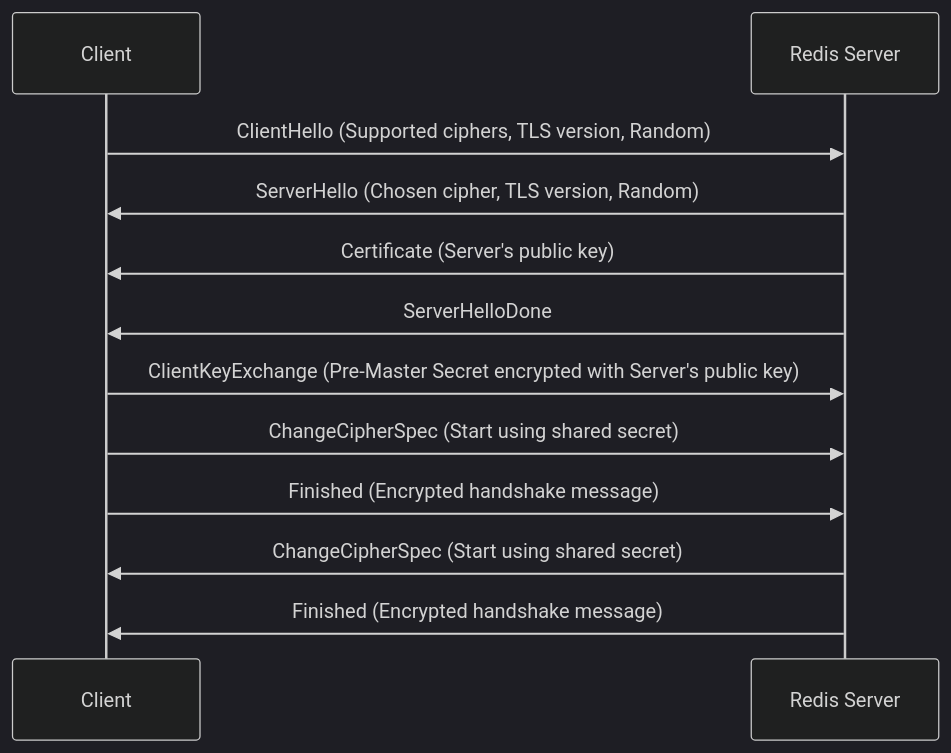
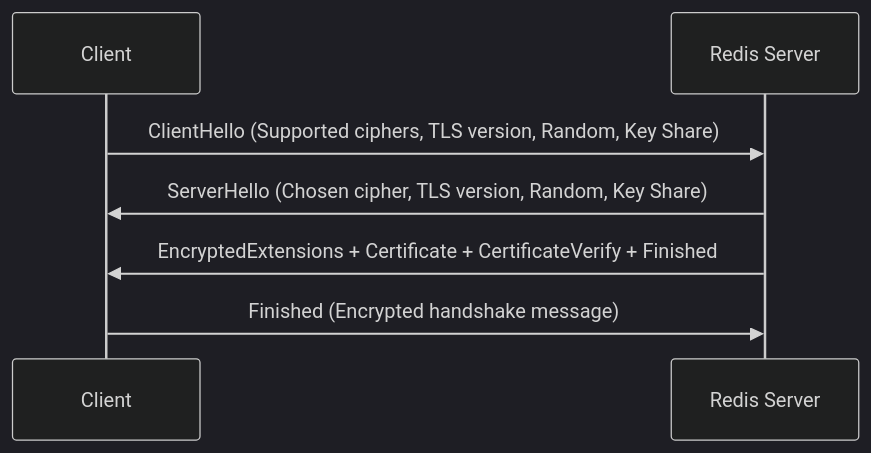
Before and after one commit to upstash/upstash-web: the second of 4 diagrams in data/blog/2025-03-25-redis-persistent-connections.mdx, drawn with Mermaid (dark theme). The commit also changed other lines of this file, not shown here.

````diff
--- a/data/blog/2025-03-25-redis-persistent-connections.mdx
+++ b/data/blog/2025-03-25-redis-persistent-connections.mdx
@@ -53,18 +53,11 @@
 ```mermaid
 sequenceDiagram
     participant Client
     participant Redis Server
 
-    %% TLS 1.2 Handshake
-    Client->>Redis Server: ClientHello (Supported ciphers, TLS version, Random)
-    Redis Server->>Client: ServerHello (Chosen cipher, TLS version, Random)
-    Redis Server->>Client: Certificate (Server's public key)
-    Redis Server->>Client: ServerHelloDone
-    
-    Client->>Redis Server: ClientKeyExchange (Pre-Master Secret encrypted with Server's public key)
-    Client->>Redis Server: ChangeCipherSpec (Start using shared secret)
+    %% TLS 1.3 Handshake
+    Client->>Redis Server: ClientHello (Supported ciphers, TLS version, Random, Key Share)
+    Redis Server->>Client: ServerHello (Chosen cipher, TLS version, Random, Key Share)
+    Redis Server->>Client: EncryptedExtensions + Certificate + CertificateVerify + Finished
     Client->>Redis Server: Finished (Encrypted handshake message)
-
-    Redis Server->>Client: ChangeCipherSpec (Start using shared secret)
-    Redis Server->>Client: Finished (Encrypted handshake message)
 ```
````
